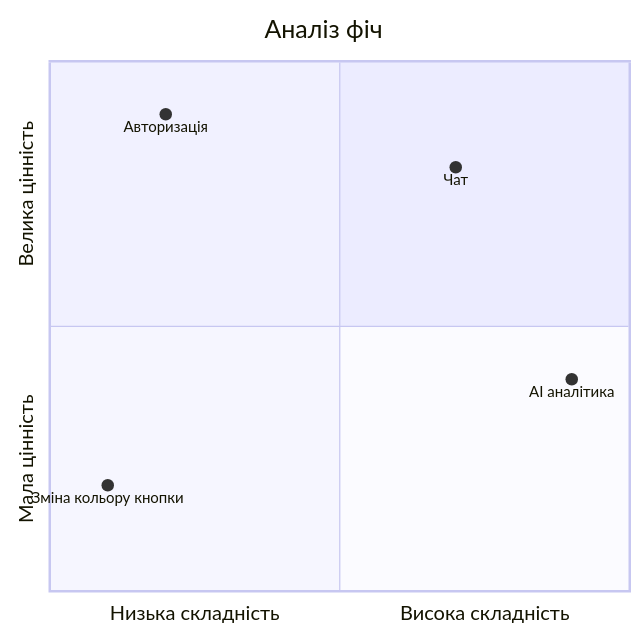
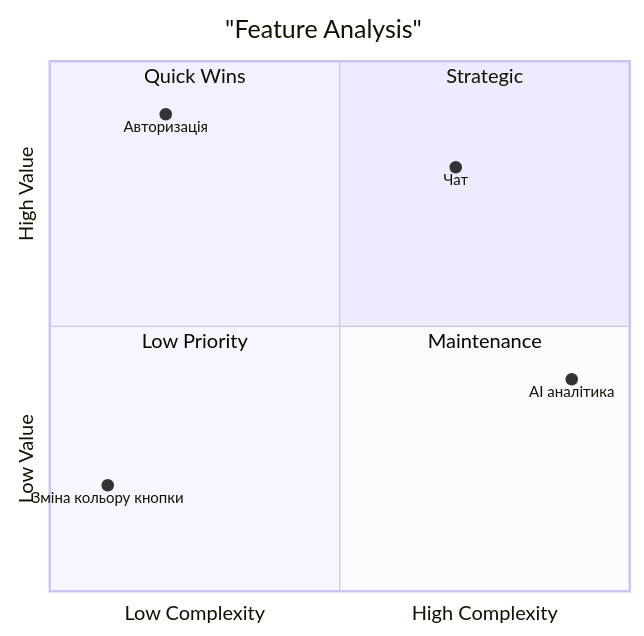
Before and after one commit to acvetochka/useful: diagram 11 of 22 in Documentation/Markdown/Mermaid.md, drawn with Mermaid. The commit also changed other lines of this file, not shown here.

````diff
--- a/Documentation/Markdown/Mermaid.md
+++ b/Documentation/Markdown/Mermaid.md
@@ -275,10 +290,14 @@
 ```mermaid
 quadrantChart
-    title Аналіз фіч
-    x-axis Низька складність --> Висока складність
-    y-axis Мала цінність --> Велика цінність
+    title "Feature Analysis"
+    x-axis "Low Complexity" --> "High Complexity"
+    y-axis "Low Value" --> "High Value"
+    quadrant-1 "Strategic"
+    quadrant-2 "Quick Wins"
+    quadrant-3 "Low Priority"
+    quadrant-4 "Maintenance"
     "Авторизація": [0.2, 0.9]
     "Чат": [0.7, 0.8]
     "Зміна кольору кнопки": [0.1, 0.2]
     "AI аналітика": [0.9, 0.4]
 ```
````
